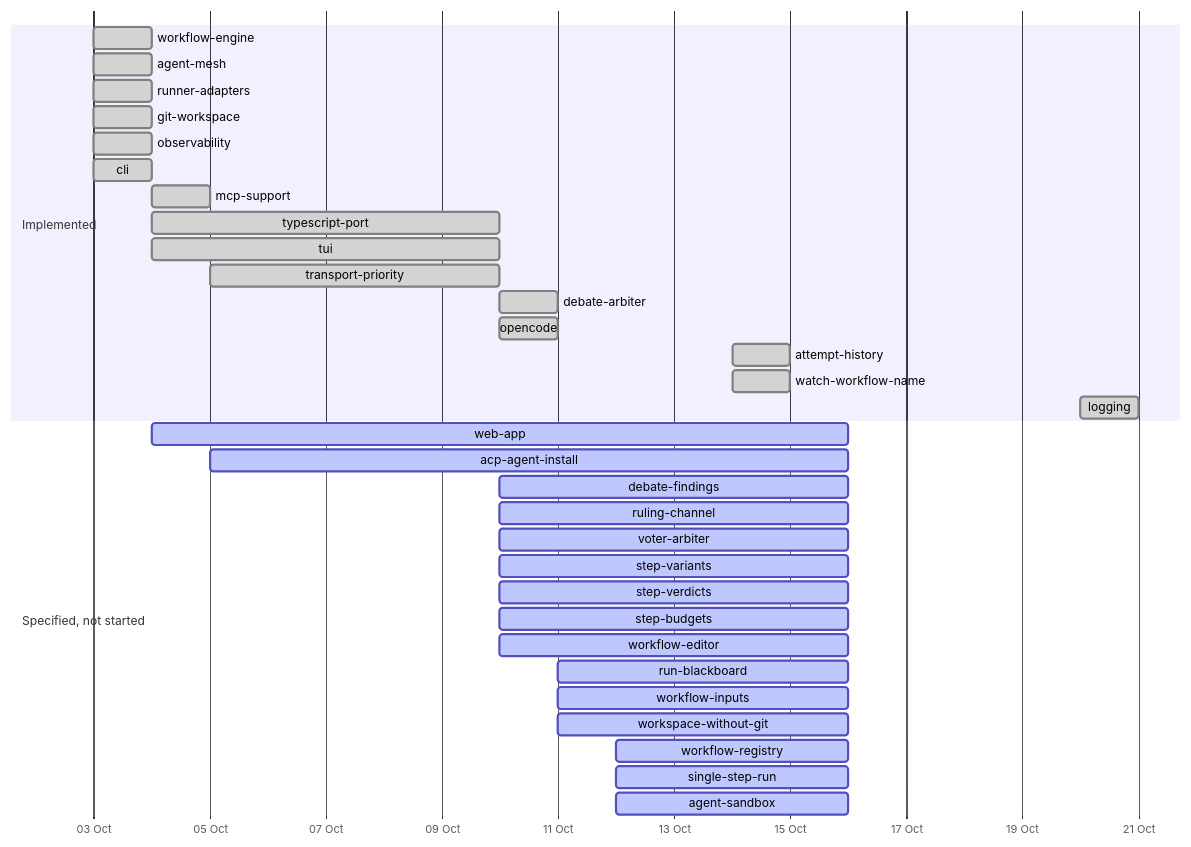
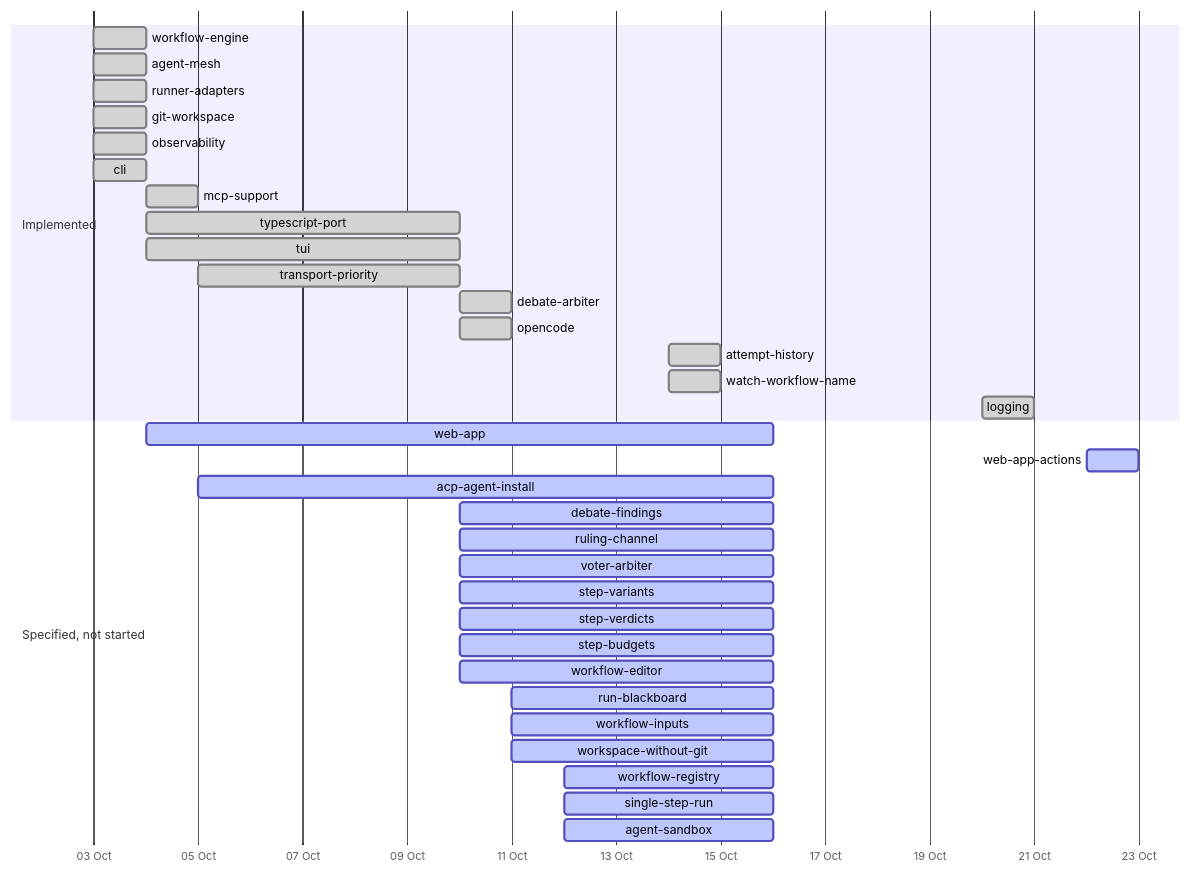
Before and after one commit to yaotzin1/indaba: the second of 2 diagrams in specs/DEPENDENCY_MAP.md, drawn with Mermaid. The commit also changed other lines of this file and 46 other files, not shown here.

````diff
--- a/specs/DEPENDENCY_MAP.md
+++ b/specs/DEPENDENCY_MAP.md
@@ -71,37 +71,38 @@
 ```mermaid
 gantt
     dateFormat YYYY-MM-DD
     axisFormat %d %b
     section Implemented
     workflow-engine        :done, 2026-10-03, 2026-10-04
     agent-mesh             :done, 2026-10-03, 2026-10-04
     runner-adapters        :done, 2026-10-03, 2026-10-04
     git-workspace          :done, 2026-10-03, 2026-10-04
     observability          :done, 2026-10-03, 2026-10-04
     cli                    :done, 2026-10-03, 2026-10-04
     mcp-support            :done, 2026-10-04, 1d
     typescript-port        :done, 2026-10-04, 2026-10-10
     tui                    :done, 2026-10-04, 2026-10-10
     transport-priority     :done, 2026-10-05, 2026-10-10
     debate-arbiter         :done, 2026-10-10, 1d
     opencode               :done, 2026-10-10, 1d
     attempt-history        :done, 2026-10-14, 1d
     watch-workflow-name    :done, 2026-10-14, 1d
     logging                :done, 2026-10-20, 2026-10-21
     section Specified, not started
     web-app                :active, 2026-10-04, 2026-10-16
+    web-app-actions        :active, 2026-10-22, 1d
     acp-agent-install      :active, 2026-10-05, 2026-10-16
     debate-findings        :active, 2026-10-10, 2026-10-16
     ruling-channel         :active, 2026-10-10, 2026-10-16
     voter-arbiter          :active, 2026-10-10, 2026-10-16
     step-variants          :active, 2026-10-10, 2026-10-16
     step-verdicts          :active, 2026-10-10, 2026-10-16
     step-budgets           :active, 2026-10-10, 2026-10-16
     workflow-editor        :active, 2026-10-10, 2026-10-16
     run-blackboard         :active, 2026-10-11, 2026-10-16
     workflow-inputs        :active, 2026-10-11, 2026-10-16
     workspace-without-git  :active, 2026-10-11, 2026-10-16
     workflow-registry      :active, 2026-10-12, 2026-10-16
     single-step-run        :active, 2026-10-12, 2026-10-16
     agent-sandbox          :active, 2026-10-12, 2026-10-16
 ```
````
